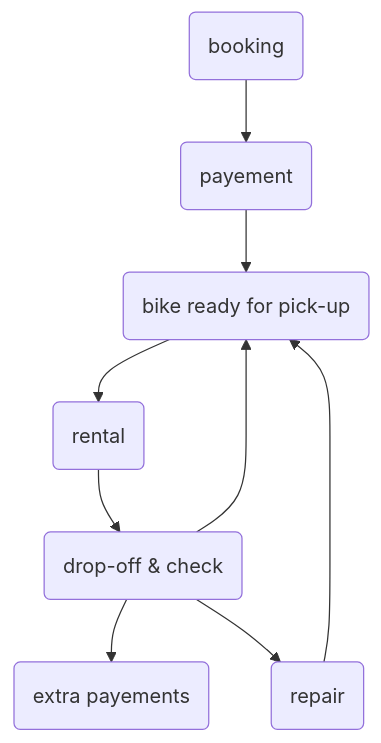
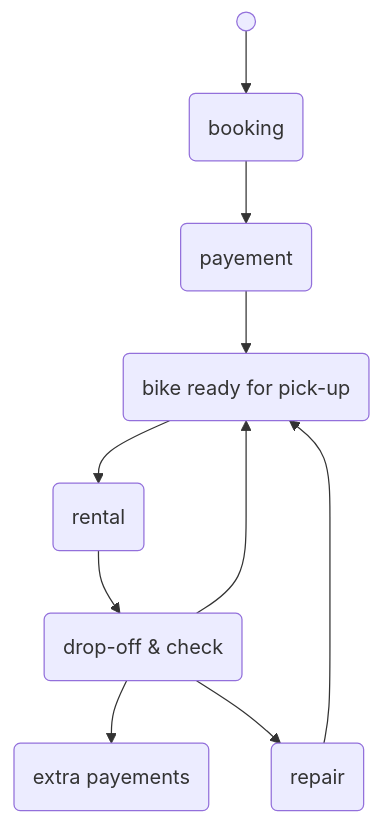
The diagram in dossier-analyse/02-analyse-fonctionelle.md (FrancisFigu/PANI_BikeshopApp), drawn with Mermaid before and after one commit.

`````diff
--- a/dossier-analyse/02-analyse-fonctionelle.md
+++ b/dossier-analyse/02-analyse-fonctionelle.md
@@ -21,13 +21,14 @@
 ````mermaid
  flowchart TD
+start(( ))-->
     A(booking)
     -->B(payement)
     -->C(bike ready for pick-up)
     -->D(rental)
     -->E(drop-off & check)
 E-->C
     E-->G(extra payements)
     E-->F(repair)
     F-->C
 
 ````
`````
